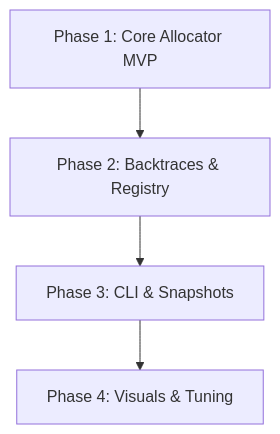
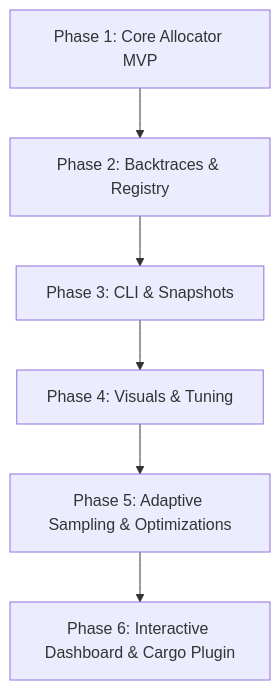
The diagram in docs/roadmap.md (Kolajy/mem-profile), drawn with Mermaid before and after one commit. The commit also changed other lines of this file, not shown here.

Commit message:
Update docs/roadmap.md to reflect Phase 3/4 completion and plan Phase 5/6

````diff
--- a/docs/roadmap.md
+++ b/docs/roadmap.md
@@ -7,6 +7,8 @@
 ```mermaid
 graph TD
     P1[Phase 1: Core Allocator MVP] --> P2[Phase 2: Backtraces & Registry]
     P2 --> P3[Phase 3: CLI & Snapshots]
     P3 --> P4[Phase 4: Visuals & Tuning]
+    P4 --> P5[Phase 5: Adaptive Sampling & Optimizations]
+    P5 --> P6[Phase 6: Interactive Dashboard & Cargo Plugin]
 ```
````
